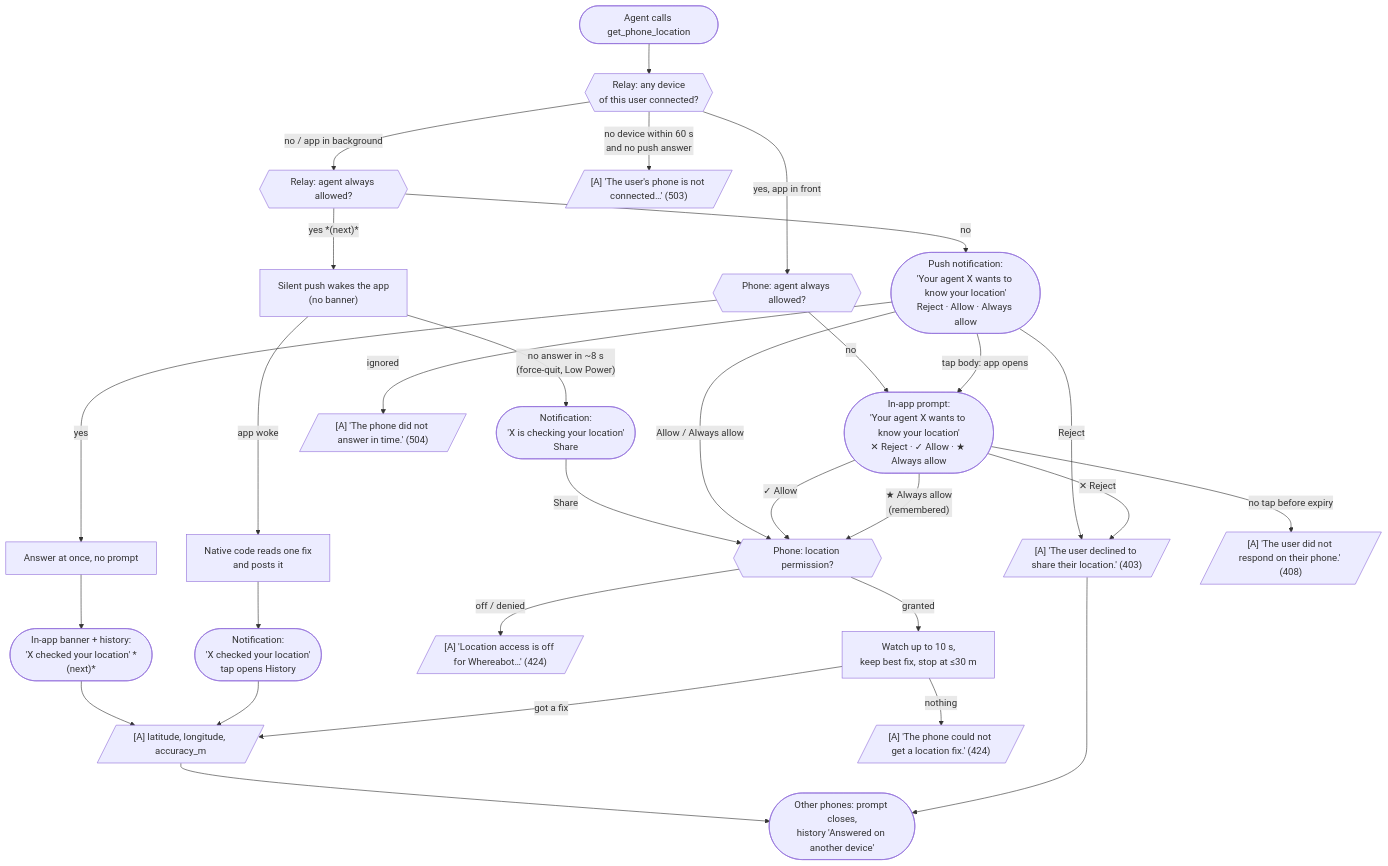
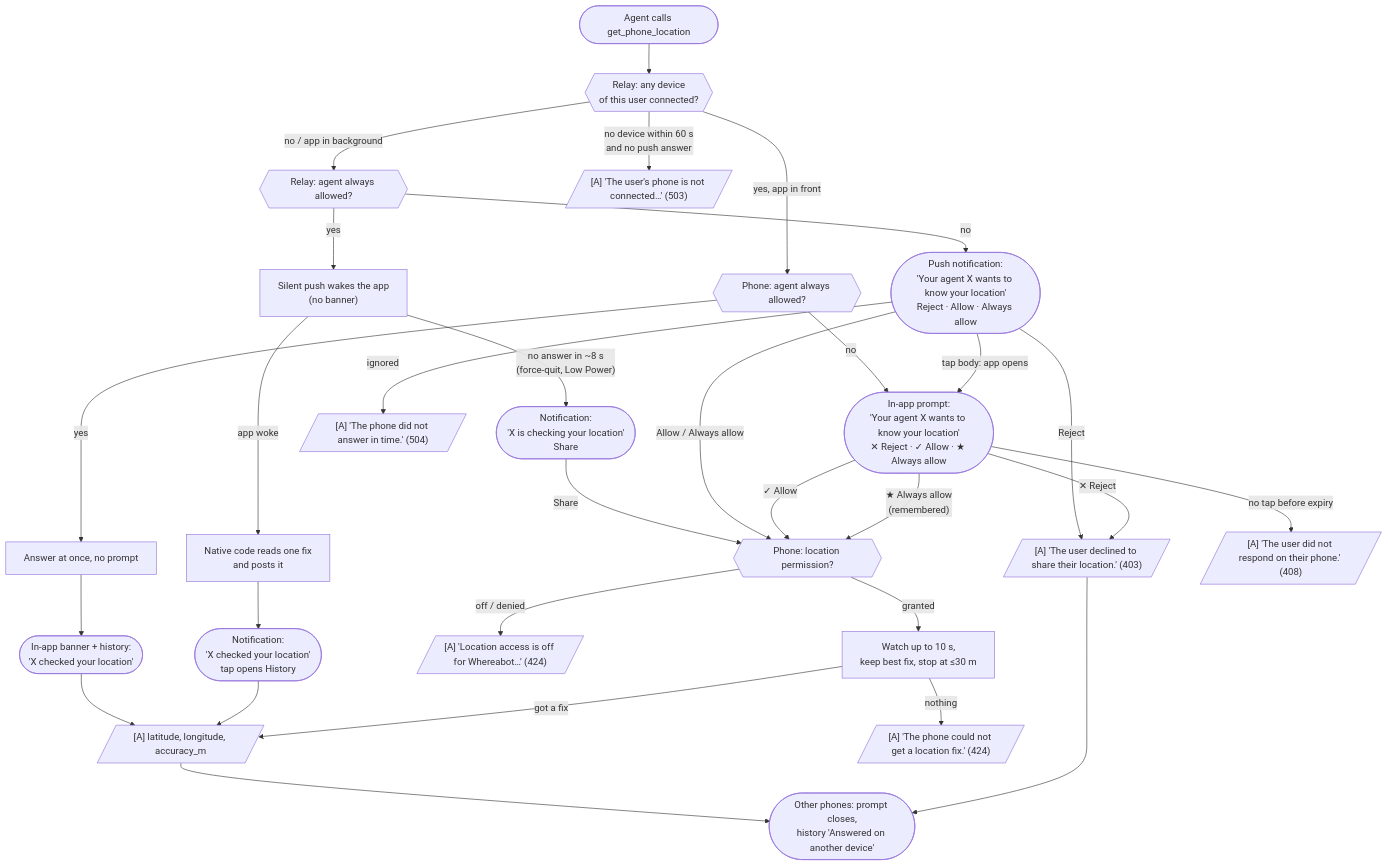
One commit to whereabot/whereabot changed the diagram in docs/request-flow.md. Above: the diagram before and after it, drawn with Mermaid. The commit also changed other lines of this file, not shown here.

Commit message:
Docs: always-allow steps in the request flow are live

````diff
--- a/docs/request-flow.md
+++ b/docs/request-flow.md
@@ -7,50 +7,50 @@
 ```mermaid
 flowchart TD
     A([Agent calls get_phone_location]) --> R{{Relay: any device<br/>of this user connected?}}
 
     R -->|"yes, app in front"| P{{Phone: agent always allowed?}}
     R -->|"no / app in background"| W{{Relay: agent always allowed?}}
 
     %% --- App open in front ---
     P -->|no| PROMPT(["In-app prompt:<br/>'Your agent X wants to know your location'<br/>✕ Reject · ✓ Allow · ★ Always allow"])
     P -->|yes| AUTO_FG["Answer at once, no prompt"]
-    AUTO_FG --> BANNER(["In-app banner + history:<br/>'X checked your location' *(next)*"])
+    AUTO_FG --> BANNER(["In-app banner + history:<br/>'X checked your location'"])
     BANNER --> FIX
 
     %% --- App in background or closed ---
     W -->|no| ALERT(["Push notification:<br/>'Your agent X wants to know your location'<br/>Reject · Allow · Always allow"])
-    W -->|"yes *(next)*"| SILENT["Silent push wakes the app<br/>(no banner)"]
+    W -->|"yes"| SILENT["Silent push wakes the app<br/>(no banner)"]
     SILENT -->|app woke| AUTO_BG["Native code reads one fix<br/>and posts it"]
     AUTO_BG --> CHECKED(["Notification:<br/>'X checked your location'<br/>tap opens History"])
     CHECKED --> FIX
     SILENT -->|"no answer in ~8 s<br/>(force-quit, Low Power)"| CHECKING(["Notification:<br/>'X is checking your location'<br/>Share"])
     CHECKING -->|Share| GETFIX
 
     ALERT -->|Allow / Always allow| GETFIX
     ALERT -->|Reject| DENIED
     ALERT -->|"tap body: app opens"| PROMPT
     ALERT -->|ignored| TIMEOUT
 
     PROMPT -->|"✓ Allow"| GETFIX
     PROMPT -->|"★ Always allow<br/>(remembered)"| GETFIX
     PROMPT -->|"✕ Reject"| DENIED
     PROMPT -->|"no tap before expiry"| NOANSWER
 
     %% --- Reading the location ---
     GETFIX{{Phone: location permission?}} -->|"off / denied"| PERM
     GETFIX -->|granted| READ["Watch up to 10 s,<br/>keep best fix, stop at ≤30 m"]
     READ -->|got a fix| FIX
     READ -->|nothing| NOFIX
 
     %% --- Results for the agent ---
     FIX[/"[A] latitude, longitude, accuracy_m"/]
     DENIED[/"[A] 'The user declined to share their location.' (403)"/]
     NOANSWER[/"[A] 'The user did not respond on their phone.' (408)"/]
     PERM[/"[A] 'Location access is off for Whereabot…' (424)"/]
     NOFIX[/"[A] 'The phone could not get a location fix.' (424)"/]
     TIMEOUT[/"[A] 'The phone did not answer in time.' (504)"/]
     R -->|"no device within 60 s<br/>and no push answer"| OFFLINE[/"[A] 'The user's phone is not connected…' (503)"/]
 
     %% --- Other phones of the same user ---
     FIX & DENIED --> CANCEL(["Other phones: prompt closes,<br/>history 'Answered on another device'"])
 ```
````
